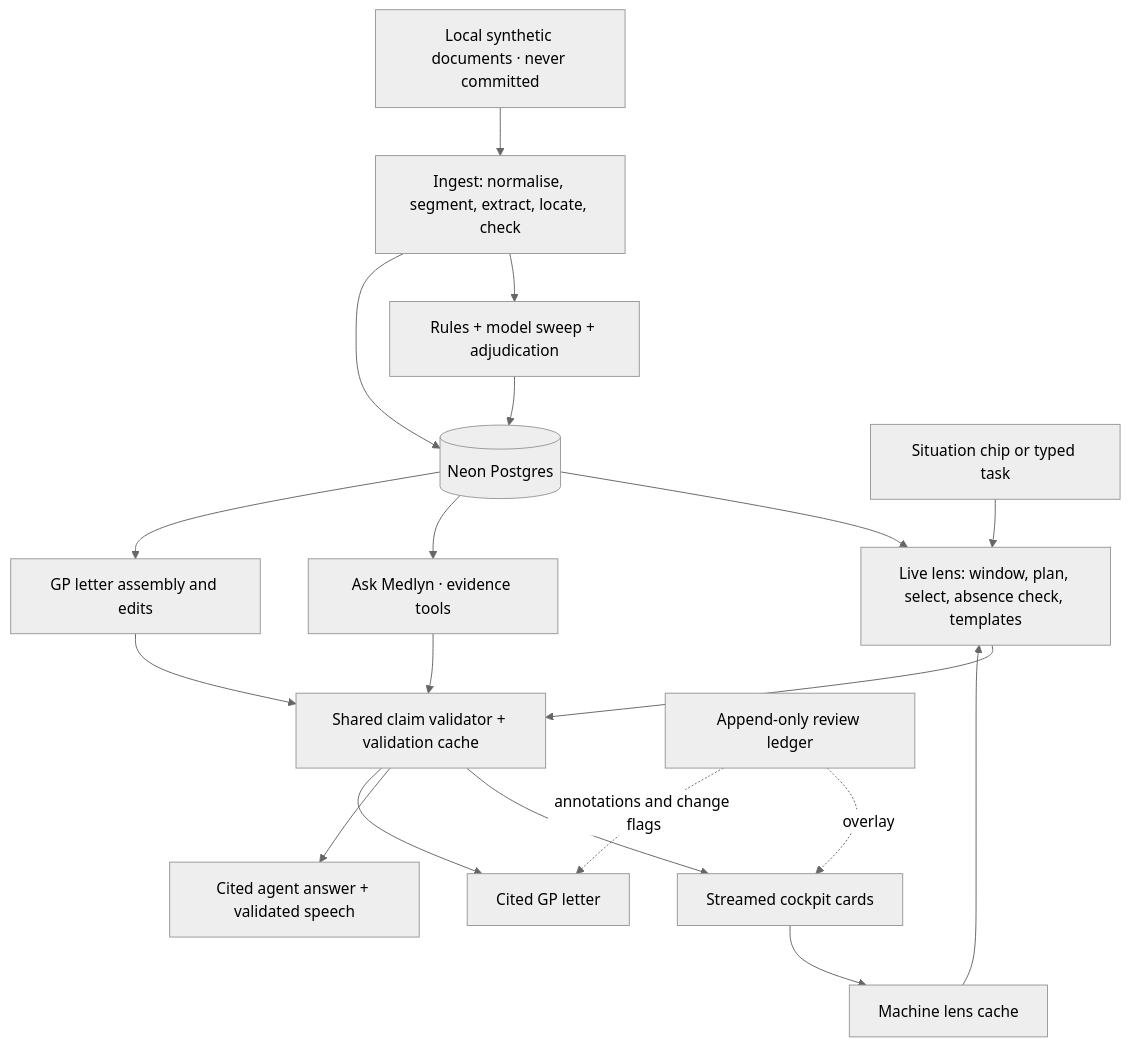
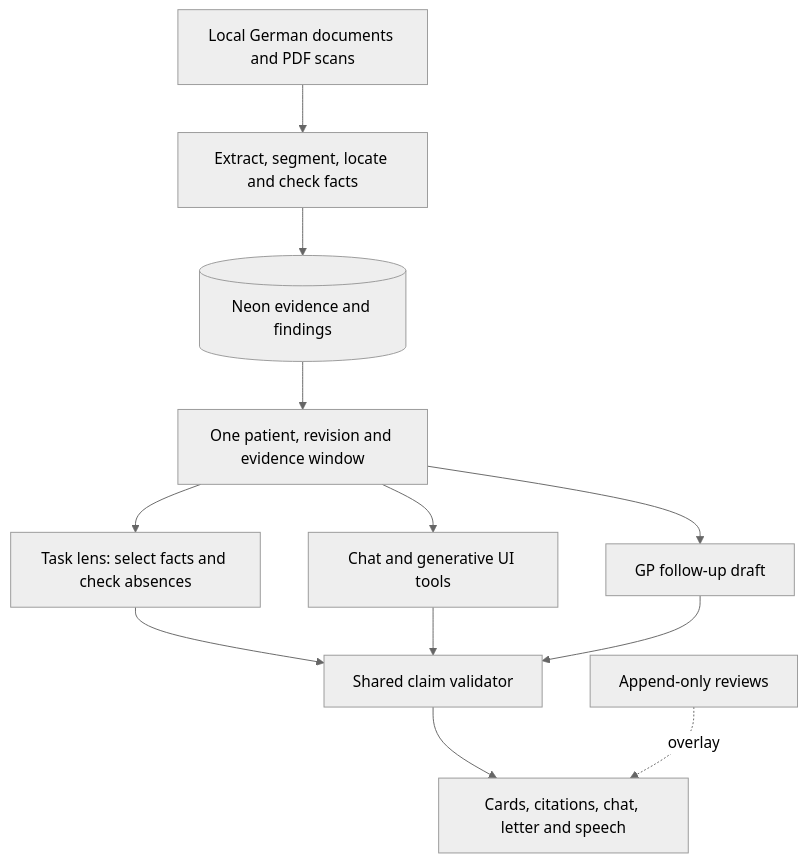
One commit to Julian-AT/medlyn changed the diagram in README.md. Above: the diagram before and after it, drawn with Mermaid (neutral theme). The commit also changed other lines of this file, not shown here.

````diff
--- a/README.md
+++ b/README.md
@@ -10,21 +32,14 @@
 ```mermaid
 flowchart TD
-  Files["Local synthetic documents · never committed"] --> Ingest["Ingest: normalise, segment, extract, locate, check"]
-  Ingest --> Findings["Rules + model sweep + adjudication"]
-  Ingest --> DB[(Neon Postgres)]
-  Findings --> DB
-  Input["Situation chip or typed task"] --> Lens["Live lens: window, plan, select, absence check, templates"]
-  DB --> Lens
-  DB --> Agent["Ask Medlyn · evidence tools"]
-  DB --> Letter["GP letter assembly and edits"]
-  Lens --> Validator["Shared claim validator + validation cache"]
-  Agent --> Validator
-  Letter --> Validator
-  Validator --> Screen["Streamed cockpit cards"]
-  Validator --> Answer["Cited agent answer + validated speech"]
-  Validator --> Draft["Cited GP letter"]
-  Review["Append-only review ledger"] -. overlay .-> Screen
-  Review -. annotations and change flags .-> Draft
-  Screen --> Cache["Machine lens cache"]
-  Cache --> Lens
+  Files[Local German documents and PDF scans] --> Ingest[Extract, segment, locate and check facts]
+  Ingest --> DB[(Neon evidence and findings)]
+  DB --> Window[One patient, revision and evidence window]
+  Window --> Lens[Task lens: select facts and check absences]
+  Window --> Agent[Chat and generative UI tools]
+  Window --> Letter[GP follow-up draft]
+  Lens --> Gate[Shared claim validator]
+  Agent --> Gate
+  Letter --> Gate
+  Gate --> UI[Cards, citations, chat, letter and speech]
+  Review[Append-only reviews] -. overlay .-> UI
 ```
````
